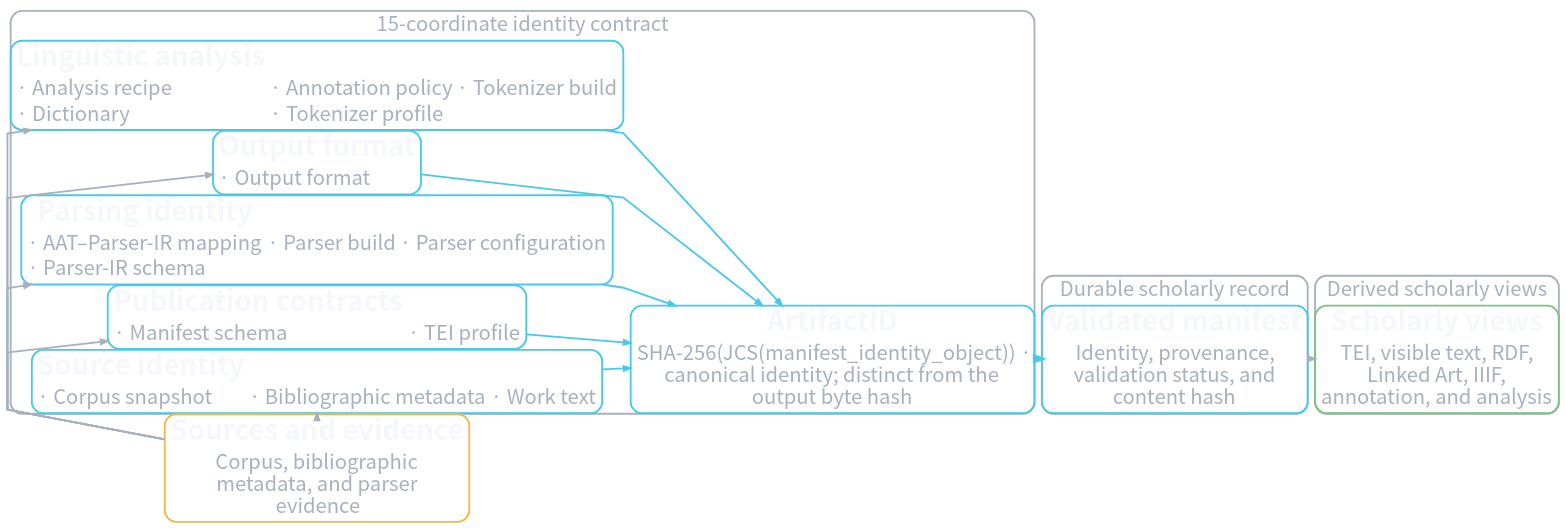
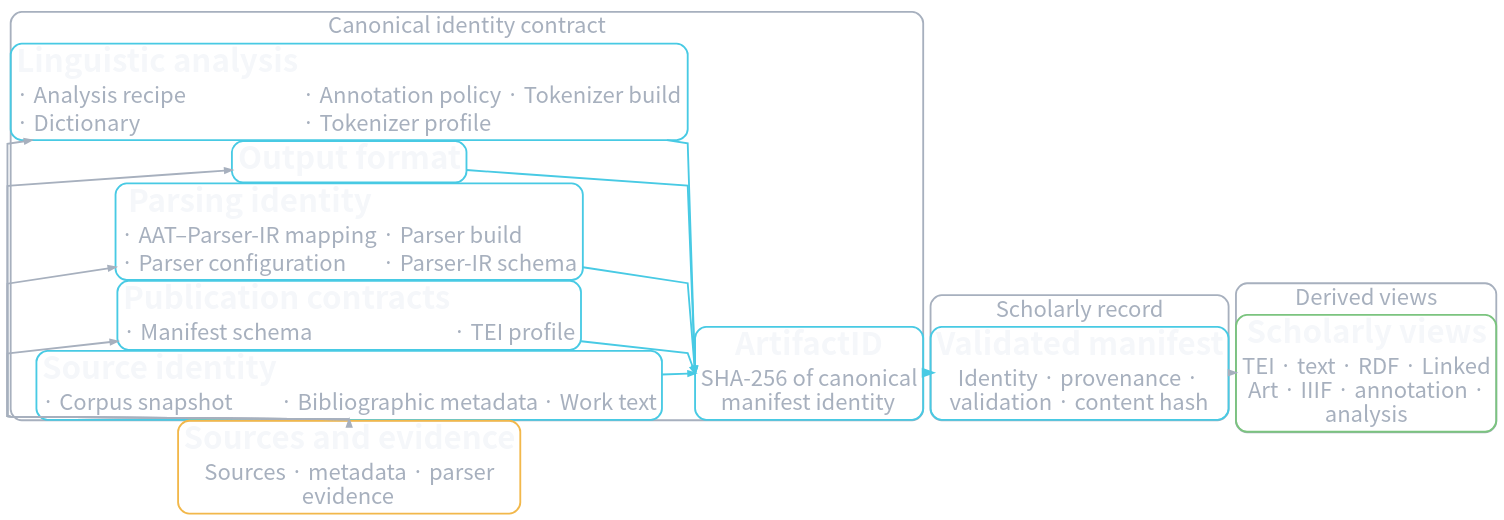
Before and after one commit to borh/abc: the diagram in abc/docs/figures/soranoha-reproducibility-architecture.dot, drawn with Graphviz. The commit also changed 6 other files, not shown here.

Commit message:
fix(diagram): finalize presentation editorial revision

```diff
--- a/abc/docs/figures/soranoha-reproducibility-architecture.dot
+++ b/abc/docs/figures/soranoha-reproducibility-architecture.dot
@@ -1,60 +1,60 @@
 // GENERATED by clojure -M:abc/presentation-diagrams — do not edit
 digraph "reproducibility" {
-  graph [bgcolor="transparent",fontcolor="#F5F7FA",fontname="Noto Sans CJK JP",margin="0",nodesep="0.02",pad="0.05",rankdir="LR",ranksep="0.10",splines="polyline"];
+  graph [bgcolor="transparent",concentrate="true",fontcolor="#F5F7FA",fontname="Noto Sans CJK JP",margin="0",nodesep="0.02",pad="0.05",rankdir="LR",ranksep="0.10",splines="polyline"];
   node [fontname="Noto Sans CJK JP",margin="0.04,0.02"];
   edge [arrowsize="0.75"];
   subgraph "cluster_derived" {
-    label="Derived scholarly views";
+    label="Derived views";
     color="#A7B0BE";
     penwidth="2";
     fontname="Noto Sans CJK JP";
     fontcolor="#A7B0BE";
-    fontsize="22";
+    fontsize="24";
     margin="0";
     style="rounded";
-    "views" [color="#7BC47F",fontcolor="#F5F7FA",group="primary",label=<<TABLE BORDER="0" CELLBORDER="0" CELLPADDING="1"><TR><TD><FONT POINT-SIZE="30"><B>Scholarly views</B></FONT></TD></TR><TR><TD><FONT COLOR="#A7B0BE" POINT-SIZE="22">TEI, visible text, RDF,<BR/>Linked Art, IIIF,<BR/>annotation, and analysis</FONT></TD></TR></TABLE>>,penwidth="2",shape="rect",style="rounded"];
+    "views" [color="#7BC47F",fontcolor="#F5F7FA",group="primary",label=<<TABLE BORDER="0" CELLBORDER="0" CELLPADDING="1"><TR><TD><FONT POINT-SIZE="34"><B>Scholarly views</B></FONT></TD></TR><TR><TD><FONT COLOR="#A7B0BE" POINT-SIZE="24">TEI · text · RDF · Linked<BR/>Art · IIIF · annotation ·<BR/>analysis</FONT></TD></TR></TABLE>>,penwidth="2",shape="rect",style="rounded"];
   }
   subgraph "cluster_identity_contract" {
-    label="15-coordinate identity contract";
+    label="Canonical identity contract";
     color="#A7B0BE";
     penwidth="2";
     fontname="Noto Sans CJK JP";
     fontcolor="#A7B0BE";
-    fontsize="22";
+    fontsize="24";
     margin="0";
     style="rounded";
-    "analysis" [color="#48CAE4",fontcolor="#F5F7FA",label=<<TABLE BORDER="0" CELLBORDER="0" CELLPADDING="1"><TR><TD><FONT POINT-SIZE="30"><B>Linguistic analysis</B></FONT></TD></TR><TR><TD ALIGN="LEFT"><FONT COLOR="#A7B0BE" POINT-SIZE="22">· Analysis recipe</FONT></TD><TD ALIGN="LEFT"><FONT COLOR="#A7B0BE" POINT-SIZE="22">· Annotation policy</FONT></TD><TD ALIGN="LEFT"><FONT COLOR="#A7B0BE" POINT-SIZE="22">· Tokenizer build</FONT></TD></TR><TR><TD ALIGN="LEFT"><FONT COLOR="#A7B0BE" POINT-SIZE="22">· Dictionary</FONT></TD><TD ALIGN="LEFT"><FONT COLOR="#A7B0BE" POINT-SIZE="22">· Tokenizer profile</FONT></TD></TR></TABLE>>,penwidth="2",shape="rect",style="rounded"];
-    "artifact_id" [color="#48CAE4",fontcolor="#F5F7FA",group="primary",label=<<TABLE BORDER="0" CELLBORDER="0" CELLPADDING="1"><TR><TD><FONT POINT-SIZE="30"><B>ArtifactID</B></FONT></TD></TR><TR><TD><FONT COLOR="#A7B0BE" POINT-SIZE="22">SHA-256(JCS(manifest_identity_object)) ·<BR/>canonical identity; distinct from the<BR/>output byte hash</FONT></TD></TR></TABLE>>,penwidth="2",shape="rect",style="rounded"];
-    "output" [color="#48CAE4",fontcolor="#F5F7FA",label=<<TABLE BORDER="0" CELLBORDER="0" CELLPADDING="1"><TR><TD><FONT POINT-SIZE="30"><B>Output format</B></FONT></TD></TR><TR><TD ALIGN="LEFT"><FONT COLOR="#A7B0BE" POINT-SIZE="22">· Output format</FONT></TD></TR></TABLE>>,penwidth="2",shape="rect",style="rounded"];
-    "parsing" [color="#48CAE4",fontcolor="#F5F7FA",label=<<TABLE BORDER="0" CELLBORDER="0" CELLPADDING="1"><TR><TD><FONT POINT-SIZE="30"><B>Parsing identity</B></FONT></TD></TR><TR><TD ALIGN="LEFT"><FONT COLOR="#A7B0BE" POINT-SIZE="22">· AAT–Parser-IR mapping</FONT></TD><TD ALIGN="LEFT"><FONT COLOR="#A7B0BE" POINT-SIZE="22">· Parser build</FONT></TD><TD ALIGN="LEFT"><FONT COLOR="#A7B0BE" POINT-SIZE="22">· Parser configuration</FONT></TD></TR><TR><TD ALIGN="LEFT"><FONT COLOR="#A7B0BE" POINT-SIZE="22">· Parser-IR schema</FONT></TD></TR></TABLE>>,penwidth="2",shape="rect",style="rounded"];
-    "publication" [color="#48CAE4",fontcolor="#F5F7FA",label=<<TABLE BORDER="0" CELLBORDER="0" CELLPADDING="1"><TR><TD><FONT POINT-SIZE="30"><B>Publication contracts</B></FONT></TD></TR><TR><TD ALIGN="LEFT"><FONT COLOR="#A7B0BE" POINT-SIZE="22">· Manifest schema</FONT></TD><TD ALIGN="LEFT"><FONT COLOR="#A7B0BE" POINT-SIZE="22">· TEI profile</FONT></TD></TR></TABLE>>,penwidth="2",shape="rect",style="rounded"];
-    "source" [color="#48CAE4",fontcolor="#F5F7FA",label=<<TABLE BORDER="0" CELLBORDER="0" CELLPADDING="1"><TR><TD><FONT POINT-SIZE="30"><B>Source identity</B></FONT></TD></TR><TR><TD ALIGN="LEFT"><FONT COLOR="#A7B0BE" POINT-SIZE="22">· Corpus snapshot</FONT></TD><TD ALIGN="LEFT"><FONT COLOR="#A7B0BE" POINT-SIZE="22">· Bibliographic metadata</FONT></TD><TD ALIGN="LEFT"><FONT COLOR="#A7B0BE" POINT-SIZE="22">· Work text</FONT></TD></TR></TABLE>>,penwidth="2",shape="rect",style="rounded"];
+    "analysis" [color="#48CAE4",fontcolor="#F5F7FA",label=<<TABLE BORDER="0" CELLBORDER="0" CELLPADDING="1"><TR><TD><FONT POINT-SIZE="34"><B>Linguistic analysis</B></FONT></TD></TR><TR><TD ALIGN="LEFT"><FONT COLOR="#A7B0BE" POINT-SIZE="24">· Analysis recipe</FONT></TD><TD ALIGN="LEFT"><FONT COLOR="#A7B0BE" POINT-SIZE="24">· Annotation policy</FONT></TD><TD ALIGN="LEFT"><FONT COLOR="#A7B0BE" POINT-SIZE="24">· Tokenizer build</FONT></TD></TR><TR><TD ALIGN="LEFT"><FONT COLOR="#A7B0BE" POINT-SIZE="24">· Dictionary</FONT></TD><TD ALIGN="LEFT"><FONT COLOR="#A7B0BE" POINT-SIZE="24">· Tokenizer profile</FONT></TD></TR></TABLE>>,penwidth="2",shape="rect",style="rounded"];
+    "artifact_id" [color="#48CAE4",fontcolor="#F5F7FA",group="primary",label=<<TABLE BORDER="0" CELLBORDER="0" CELLPADDING="1"><TR><TD><FONT POINT-SIZE="34"><B>ArtifactID</B></FONT></TD></TR><TR><TD><FONT COLOR="#A7B0BE" POINT-SIZE="24">SHA-256 of canonical<BR/>manifest identity</FONT></TD></TR></TABLE>>,penwidth="2",shape="rect",style="rounded"];
+    "output" [color="#48CAE4",fontcolor="#F5F7FA",label=<<TABLE BORDER="0" CELLBORDER="0" CELLPADDING="1"><TR><TD><FONT POINT-SIZE="34"><B>Output format</B></FONT></TD></TR></TABLE>>,penwidth="2",shape="rect",style="rounded"];
+    "parsing" [color="#48CAE4",fontcolor="#F5F7FA",label=<<TABLE BORDER="0" CELLBORDER="0" CELLPADDING="1"><TR><TD><FONT POINT-SIZE="34"><B>Parsing identity</B></FONT></TD></TR><TR><TD ALIGN="LEFT"><FONT COLOR="#A7B0BE" POINT-SIZE="24">· AAT–Parser-IR mapping</FONT></TD><TD ALIGN="LEFT"><FONT COLOR="#A7B0BE" POINT-SIZE="24">· Parser build</FONT></TD></TR><TR><TD ALIGN="LEFT"><FONT COLOR="#A7B0BE" POINT-SIZE="24">· Parser configuration</FONT></TD><TD ALIGN="LEFT"><FONT COLOR="#A7B0BE" POINT-SIZE="24">· Parser-IR schema</FONT></TD></TR></TABLE>>,penwidth="2",shape="rect",style="rounded"];
+    "publication" [color="#48CAE4",fontcolor="#F5F7FA",label=<<TABLE BORDER="0" CELLBORDER="0" CELLPADDING="1"><TR><TD><FONT POINT-SIZE="34"><B>Publication contracts</B></FONT></TD></TR><TR><TD ALIGN="LEFT"><FONT COLOR="#A7B0BE" POINT-SIZE="24">· Manifest schema</FONT></TD><TD ALIGN="LEFT"><FONT COLOR="#A7B0BE" POINT-SIZE="24">· TEI profile</FONT></TD></TR></TABLE>>,penwidth="2",shape="rect",style="rounded"];
+    "source" [color="#48CAE4",fontcolor="#F5F7FA",label=<<TABLE BORDER="0" CELLBORDER="0" CELLPADDING="1"><TR><TD><FONT POINT-SIZE="34"><B>Source identity</B></FONT></TD></TR><TR><TD ALIGN="LEFT"><FONT COLOR="#A7B0BE" POINT-SIZE="24">· Corpus snapshot</FONT></TD><TD ALIGN="LEFT"><FONT COLOR="#A7B0BE" POINT-SIZE="24">· Bibliographic metadata</FONT></TD><TD ALIGN="LEFT"><FONT COLOR="#A7B0BE" POINT-SIZE="24">· Work text</FONT></TD></TR></TABLE>>,penwidth="2",shape="rect",style="rounded"];
   }
   subgraph "cluster_record" {
-    label="Durable scholarly record";
+    label="Scholarly record";
     color="#A7B0BE";
     penwidth="2";
     fontname="Noto Sans CJK JP";
     fontcolor="#A7B0BE";
-    fontsize="22";
+    fontsize="24";
     margin="0";
     style="rounded";
-    "manifest" [color="#48CAE4",fontcolor="#F5F7FA",group="primary",label=<<TABLE BORDER="0" CELLBORDER="0" CELLPADDING="1"><TR><TD><FONT POINT-SIZE="30"><B>Validated manifest</B></FONT></TD></TR><TR><TD><FONT COLOR="#A7B0BE" POINT-SIZE="22">Identity, provenance,<BR/>validation status, and<BR/>content hash</FONT></TD></TR></TABLE>>,penwidth="2",shape="rect",style="rounded"];
+    "manifest" [color="#48CAE4",fontcolor="#F5F7FA",group="primary",label=<<TABLE BORDER="0" CELLBORDER="0" CELLPADDING="1"><TR><TD><FONT POINT-SIZE="34"><B>Validated manifest</B></FONT></TD></TR><TR><TD><FONT COLOR="#A7B0BE" POINT-SIZE="24">Identity · provenance ·<BR/>validation · content hash</FONT></TD></TR></TABLE>>,penwidth="2",shape="rect",style="rounded"];
   }
-    "sources" [color="#F2B84B",fontcolor="#F5F7FA",group="primary",label=<<TABLE BORDER="0" CELLBORDER="0" CELLPADDING="1"><TR><TD><FONT POINT-SIZE="30"><B>Sources and evidence</B></FONT></TD></TR><TR><TD><FONT COLOR="#A7B0BE" POINT-SIZE="22">Corpus, bibliographic<BR/>metadata, and parser<BR/>evidence</FONT></TD></TR></TABLE>>,penwidth="2",shape="rect",style="rounded"];
+    "sources" [color="#F2B84B",fontcolor="#F5F7FA",group="primary",label=<<TABLE BORDER="0" CELLBORDER="0" CELLPADDING="1"><TR><TD><FONT POINT-SIZE="34"><B>Sources and evidence</B></FONT></TD></TR><TR><TD><FONT COLOR="#A7B0BE" POINT-SIZE="24">Sources · metadata · parser<BR/>evidence</FONT></TD></TR></TABLE>>,penwidth="2",shape="rect",style="rounded"];
   "sources" -> "artifact_id" [style="invis",weight="100"];
   "artifact_id" -> "manifest" [style="invis",weight="100"];
   "manifest" -> "views" [style="invis",weight="100"];
-  "analysis" -> "artifact_id" [color="#48CAE4",fontcolor="#A7B0BE",fontname="Noto Sans CJK JP",fontsize="22",penwidth="2",style="solid"];
-  "artifact_id" -> "manifest" [color="#48CAE4",fontcolor="#A7B0BE",fontname="Noto Sans CJK JP",fontsize="22",penwidth="4",style="solid"];
-  "manifest" -> "views" [color="#A7B0BE",fontcolor="#A7B0BE",fontname="Noto Sans CJK JP",fontsize="22",penwidth="2",style="solid"];
-  "output" -> "artifact_id" [color="#48CAE4",fontcolor="#A7B0BE",fontname="Noto Sans CJK JP",fontsize="22",penwidth="2",style="solid"];
-  "parsing" -> "artifact_id" [color="#48CAE4",fontcolor="#A7B0BE",fontname="Noto Sans CJK JP",fontsize="22",penwidth="2",style="solid"];
-  "publication" -> "artifact_id" [color="#48CAE4",fontcolor="#A7B0BE",fontname="Noto Sans CJK JP",fontsize="22",penwidth="2",style="solid"];
-  "source" -> "artifact_id" [color="#48CAE4",fontcolor="#A7B0BE",fontname="Noto Sans CJK JP",fontsize="22",penwidth="2",style="solid"];
-  "sources" -> "analysis" [color="#A7B0BE",fontcolor="#A7B0BE",fontname="Noto Sans CJK JP",fontsize="22",penwidth="2",style="solid"];
-  "sources" -> "output" [color="#A7B0BE",fontcolor="#A7B0BE",fontname="Noto Sans CJK JP",fontsize="22",penwidth="2",style="solid"];
-  "sources" -> "parsing" [color="#A7B0BE",fontcolor="#A7B0BE",fontname="Noto Sans CJK JP",fontsize="22",penwidth="2",style="solid"];
-  "sources" -> "publication" [color="#A7B0BE",fontcolor="#A7B0BE",fontname="Noto Sans CJK JP",fontsize="22",penwidth="2",style="solid"];
-  "sources" -> "source" [color="#A7B0BE",fontcolor="#A7B0BE",fontname="Noto Sans CJK JP",fontsize="22",penwidth="2",style="solid"];
+  "analysis" -> "artifact_id" [color="#48CAE4",fontcolor="#A7B0BE",fontname="Noto Sans CJK JP",fontsize="24",headport="w",penwidth="2",style="solid"];
+  "artifact_id" -> "manifest" [color="#48CAE4",fontcolor="#A7B0BE",fontname="Noto Sans CJK JP",fontsize="24",penwidth="4",style="solid"];
+  "manifest" -> "views" [color="#A7B0BE",fontcolor="#A7B0BE",fontname="Noto Sans CJK JP",fontsize="24",penwidth="2",style="solid"];
+  "output" -> "artifact_id" [color="#48CAE4",fontcolor="#A7B0BE",fontname="Noto Sans CJK JP",fontsize="24",headport="w",penwidth="2",style="solid"];
+  "parsing" -> "artifact_id" [color="#48CAE4",fontcolor="#A7B0BE",fontname="Noto Sans CJK JP",fontsize="24",headport="w",penwidth="2",style="solid"];
+  "publication" -> "artifact_id" [color="#48CAE4",fontcolor="#A7B0BE",fontname="Noto Sans CJK JP",fontsize="24",headport="w",penwidth="2",style="solid"];
+  "source" -> "artifact_id" [color="#48CAE4",fontcolor="#A7B0BE",fontname="Noto Sans CJK JP",fontsize="24",headport="w",penwidth="2",style="solid"];
+  "sources" -> "analysis" [color="#A7B0BE",fontcolor="#A7B0BE",fontname="Noto Sans CJK JP",fontsize="24",penwidth="2",style="solid",tailport="n"];
+  "sources" -> "output" [color="#A7B0BE",fontcolor="#A7B0BE",fontname="Noto Sans CJK JP",fontsize="24",penwidth="2",style="solid",tailport="n"];
+  "sources" -> "parsing" [color="#A7B0BE",fontcolor="#A7B0BE",fontname="Noto Sans CJK JP",fontsize="24",penwidth="2",style="solid",tailport="n"];
+  "sources" -> "publication" [color="#A7B0BE",fontcolor="#A7B0BE",fontname="Noto Sans CJK JP",fontsize="24",penwidth="2",style="solid",tailport="n"];
+  "sources" -> "source" [color="#A7B0BE",fontcolor="#A7B0BE",fontname="Noto Sans CJK JP",fontsize="24",penwidth="2",style="solid",tailport="n"];
 }
```
